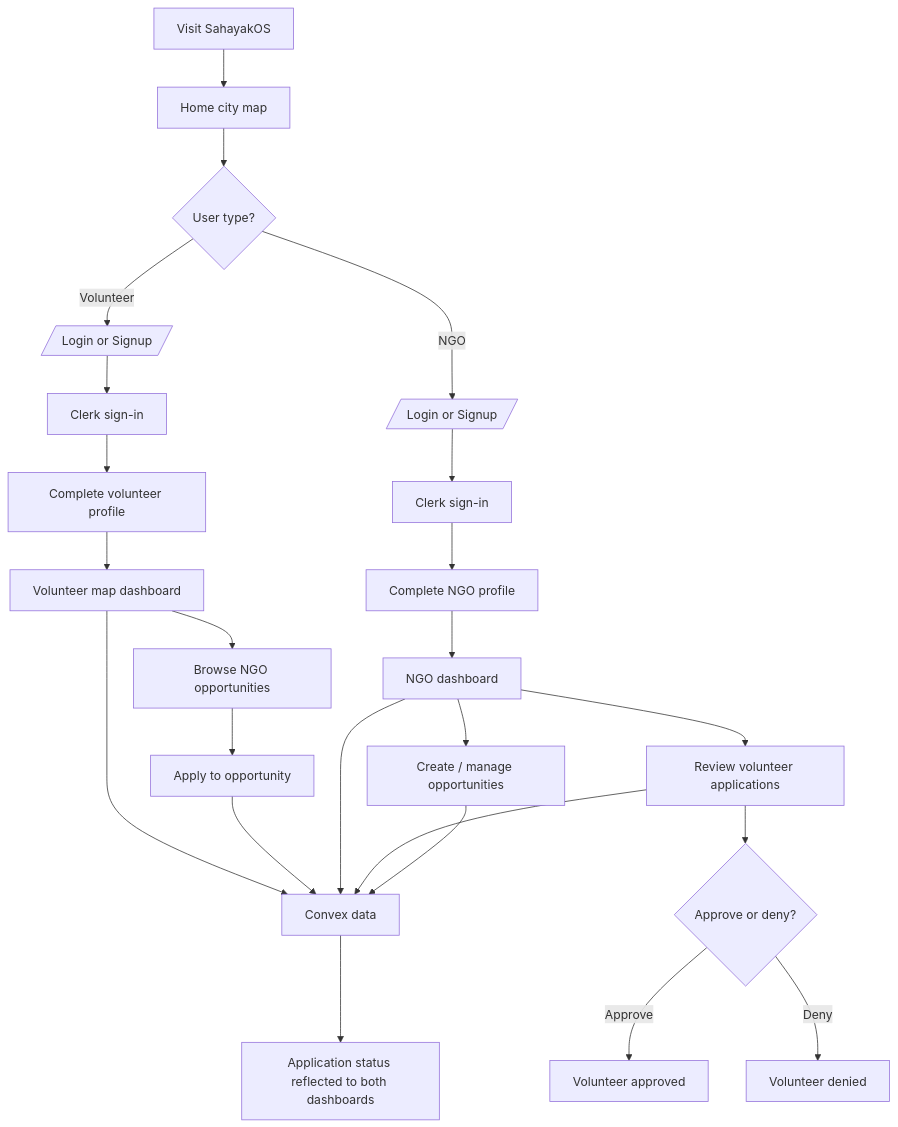
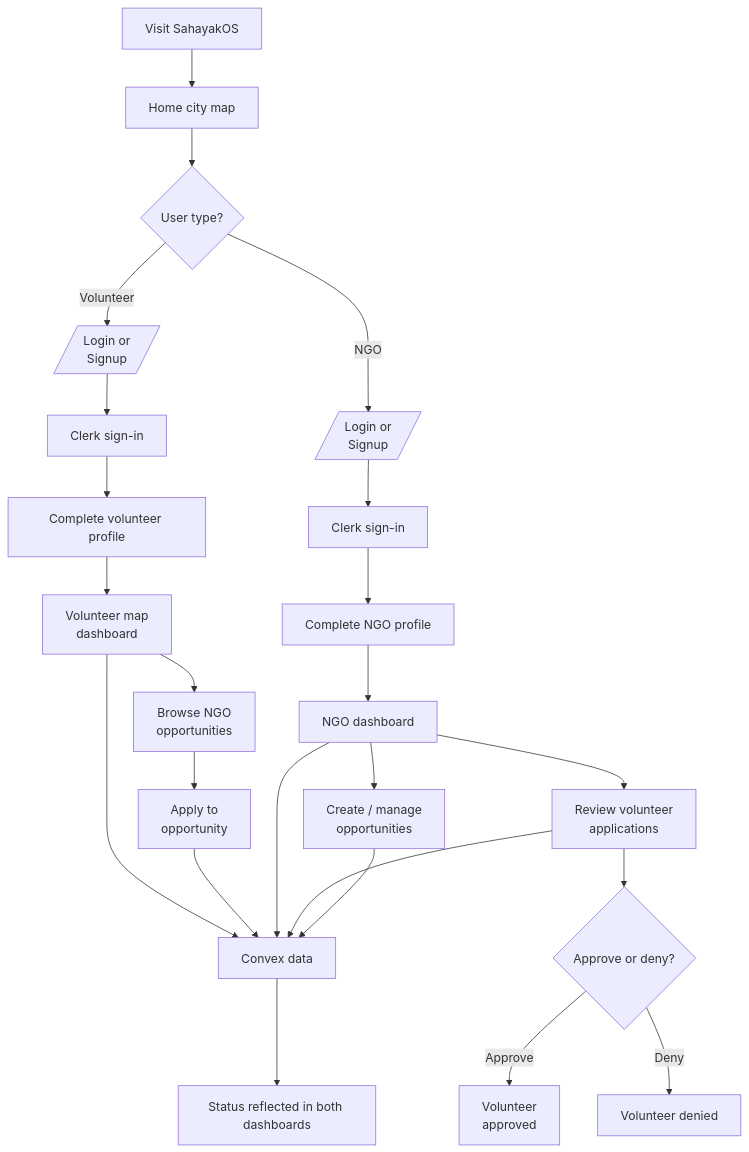
One commit to Sah-Nikhil/SahayakOS changed the second of 2 diagrams in README.md. Above: the diagram before and after it, drawn with Mermaid. The commit also changed other lines of this file, not shown here.

````diff
--- a/README.md
+++ b/README.md
@@ -73,29 +73,29 @@
 ```mermaid
-flowchart TD
+flowchart TB
   Start[Visit SahayakOS] --> Home[Home city map]
   Home --> Choice{User type?}
-  Choice -->|Volunteer| VolunteerAuth[/Login or Signup/]
-  Choice -->|NGO| NgoAuth[/Login or Signup/]
+  Choice -->|Volunteer| VolunteerAuth[/Login or<br/>Signup/]
+  Choice -->|NGO| NgoAuth[/Login or<br/>Signup/]
 
   VolunteerAuth --> ClerkVolunteer[Clerk sign-in]
   ClerkVolunteer --> VolunteerProfile[Complete volunteer profile]
-  VolunteerProfile --> VolunteerHome[Volunteer map dashboard]
-  VolunteerHome --> BrowseRoles[Browse NGO opportunities]
-  BrowseRoles --> ApplyRole[Apply to opportunity]
+  VolunteerProfile --> VolunteerHome[Volunteer map<br/>dashboard]
+  VolunteerHome --> BrowseRoles[Browse NGO<br/>opportunities]
+  BrowseRoles --> ApplyRole[Apply to<br/>opportunity]
 
   NgoAuth --> ClerkNgo[Clerk sign-in]
   ClerkNgo --> NgoProfile[Complete NGO profile]
   NgoProfile --> NgoDashboard[NGO dashboard]
-  NgoDashboard --> Opportunities[Create / manage opportunities]
-  NgoDashboard --> ReviewApps[Review volunteer applications]
+  NgoDashboard --> Opportunities[Create / manage<br/>opportunities]
+  NgoDashboard --> ReviewApps[Review volunteer<br/>applications]
   ReviewApps --> Decision{Approve or deny?}
-  Decision -->|Approve| Approved[Volunteer approved]
+  Decision -->|Approve| Approved[Volunteer<br/>approved]
   Decision -->|Deny| Denied[Volunteer denied]
 
   VolunteerHome --> Convex[Convex data]
   ApplyRole --> Convex
   NgoDashboard --> Convex
   ReviewApps --> Convex
   Opportunities --> Convex
-  Convex --> StatusSync[Application status reflected to both dashboards]
+  Convex --> StatusSync[Status reflected in both dashboards]
 ```
````
